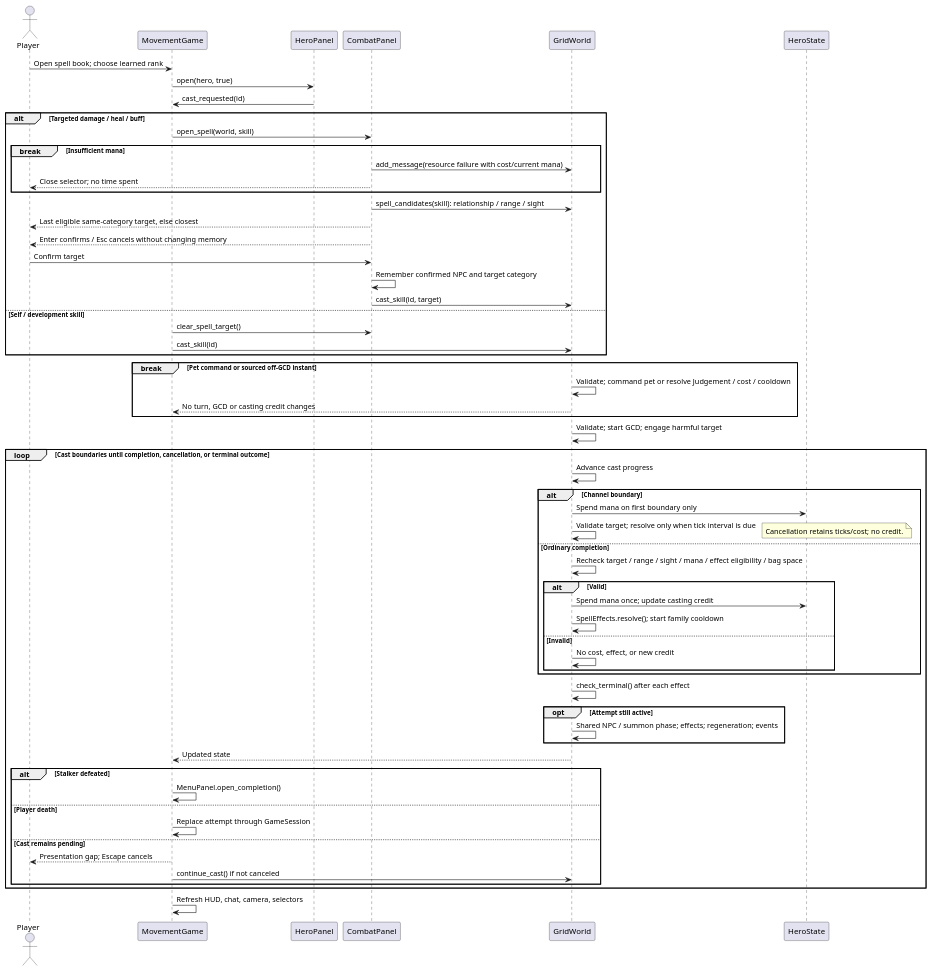
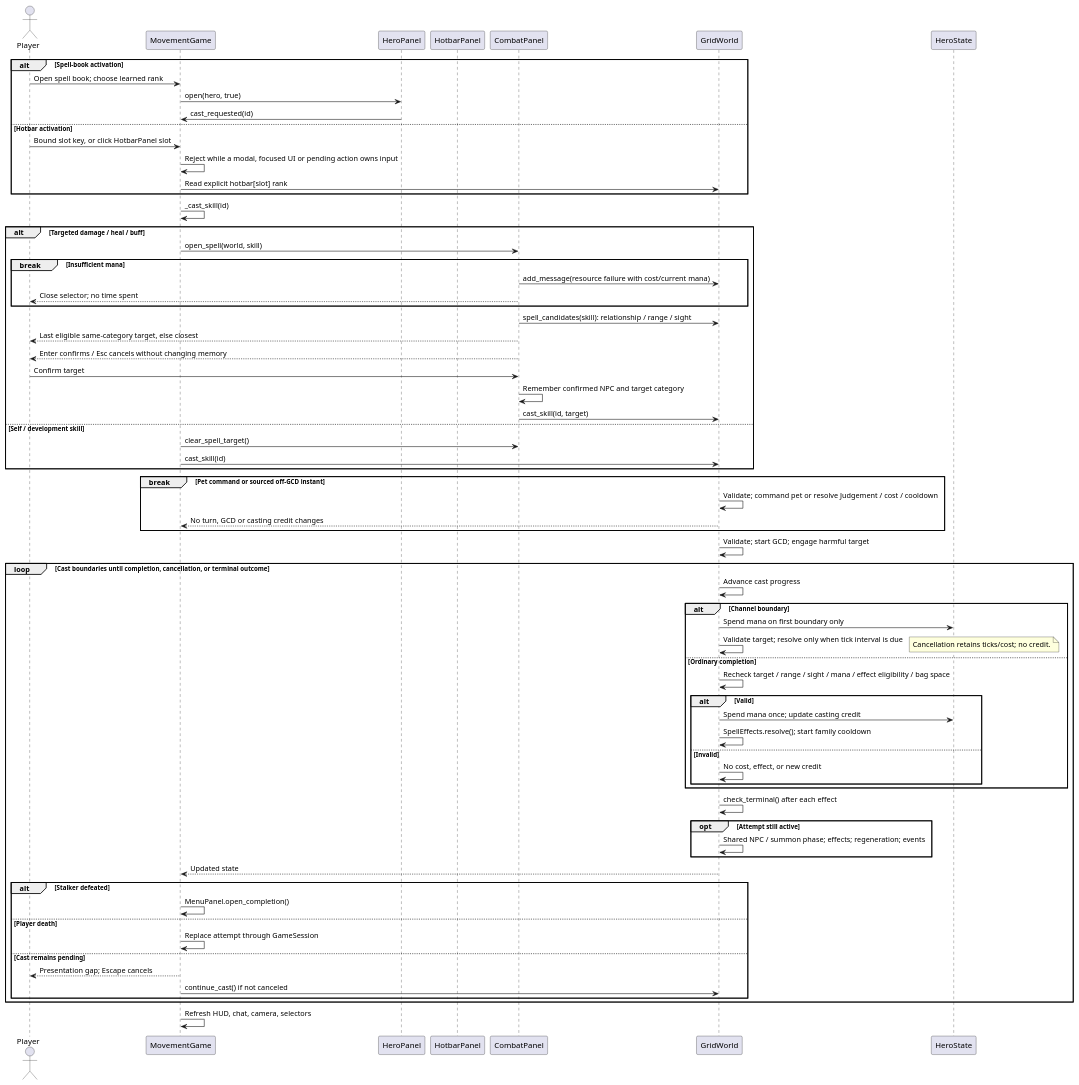
One commit to VHonzik/Ostinato changed the diagram in docs/architecture/sequences/hero_skill.puml. Above: the diagram before and after it, drawn with PlantUML. The commit also changed 18 other files, not shown here.

```diff
--- a/docs/architecture/sequences/hero_skill.puml
+++ b/docs/architecture/sequences/hero_skill.puml
@@ -1,64 +1,72 @@
 @startuml
 !pragma layout smetana
 skinparam shadowing false
 actor Player
 participant MovementGame as Game
 participant HeroPanel as Book
+participant HotbarPanel as Bar
 participant CombatPanel as Targeting
 participant GridWorld as World
 participant HeroState as Hero
-Player -> Game : Open spell book; choose learned rank
-Game -> Book : open(hero, true)
-Book -> Game : cast_requested(id)
+alt Spell-book activation
+  Player -> Game : Open spell book; choose learned rank
+  Game -> Book : open(hero, true)
+  Book -> Game : cast_requested(id)
+else Hotbar activation
+  Player -> Game : Bound slot key, or click HotbarPanel slot
+  Game -> Game : Reject while a modal, focused UI or pending action owns input
+  Game -> World : Read explicit hotbar[slot] rank
+end
+Game -> Game : _cast_skill(id)
 alt Targeted damage / heal / buff
   Game -> Targeting : open_spell(world, skill)
   break Insufficient mana
     Targeting -> World : add_message(resource failure with cost/current mana)
     Targeting --> Player : Close selector; no time spent
   end
   Targeting -> World : spell_candidates(skill): relationship / range / sight
   Targeting --> Player : Last eligible same-category target, else closest
   Targeting --> Player : Enter confirms / Esc cancels without changing memory
   Player -> Targeting : Confirm target
   Targeting -> Targeting : Remember confirmed NPC and target category
   Targeting -> World : cast_skill(id, target)
 else Self / development skill
   Game -> Targeting : clear_spell_target()
   Game -> World : cast_skill(id)
 end
 break Pet command or sourced off-GCD instant
   World -> World : Validate; command pet or resolve Judgement / cost / cooldown
   World --> Game : No turn, GCD or casting credit changes
 end
 World -> World : Validate; start GCD; engage harmful target
 loop Cast boundaries until completion, cancellation, or terminal outcome
   World -> World : Advance cast progress
   alt Channel boundary
     World -> Hero : Spend mana on first boundary only
     World -> World : Validate target; resolve only when tick interval is due
     note right: Cancellation retains ticks/cost; no credit.
   else Ordinary completion
     World -> World : Recheck target / range / sight / mana / effect eligibility / bag space
     alt Valid
       World -> Hero : Spend mana once; update casting credit
       World -> World : SpellEffects.resolve(); start family cooldown
     else Invalid
       World -> World : No cost, effect, or new credit
     end
   end
   World -> World : check_terminal() after each effect
   opt Attempt still active
     World -> World : Shared NPC / summon phase; effects; regeneration; events
   end
   World --> Game : Updated state
   alt Stalker defeated
     Game -> Game : MenuPanel.open_completion()
   else Player death
     Game -> Game : Replace attempt through GameSession
   else Cast remains pending
     Game --> Player : Presentation gap; Escape cancels
     Game -> World : continue_cast() if not canceled
   end
 end
 Game -> Game : Refresh HUD, chat, camera, selectors
 @enduml
```
